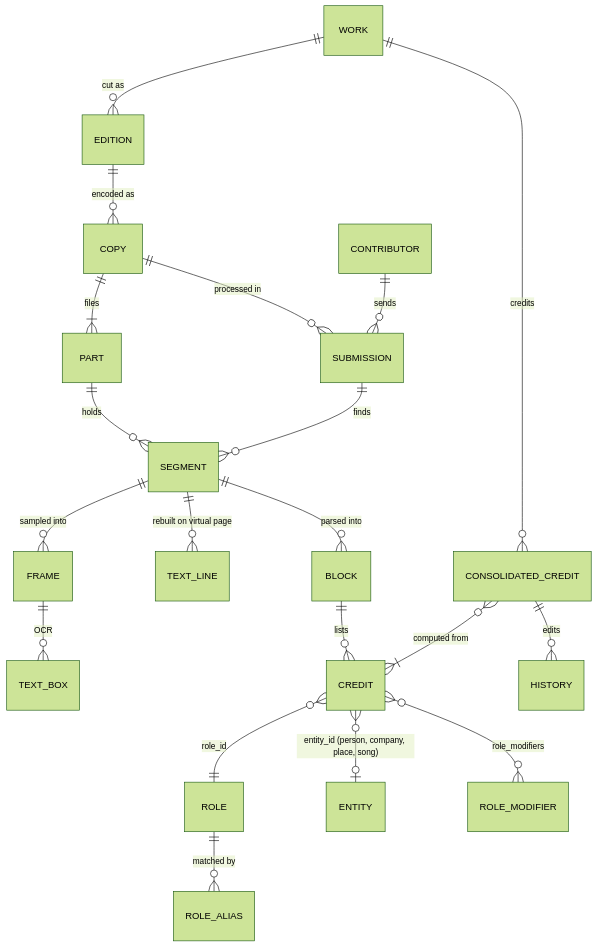
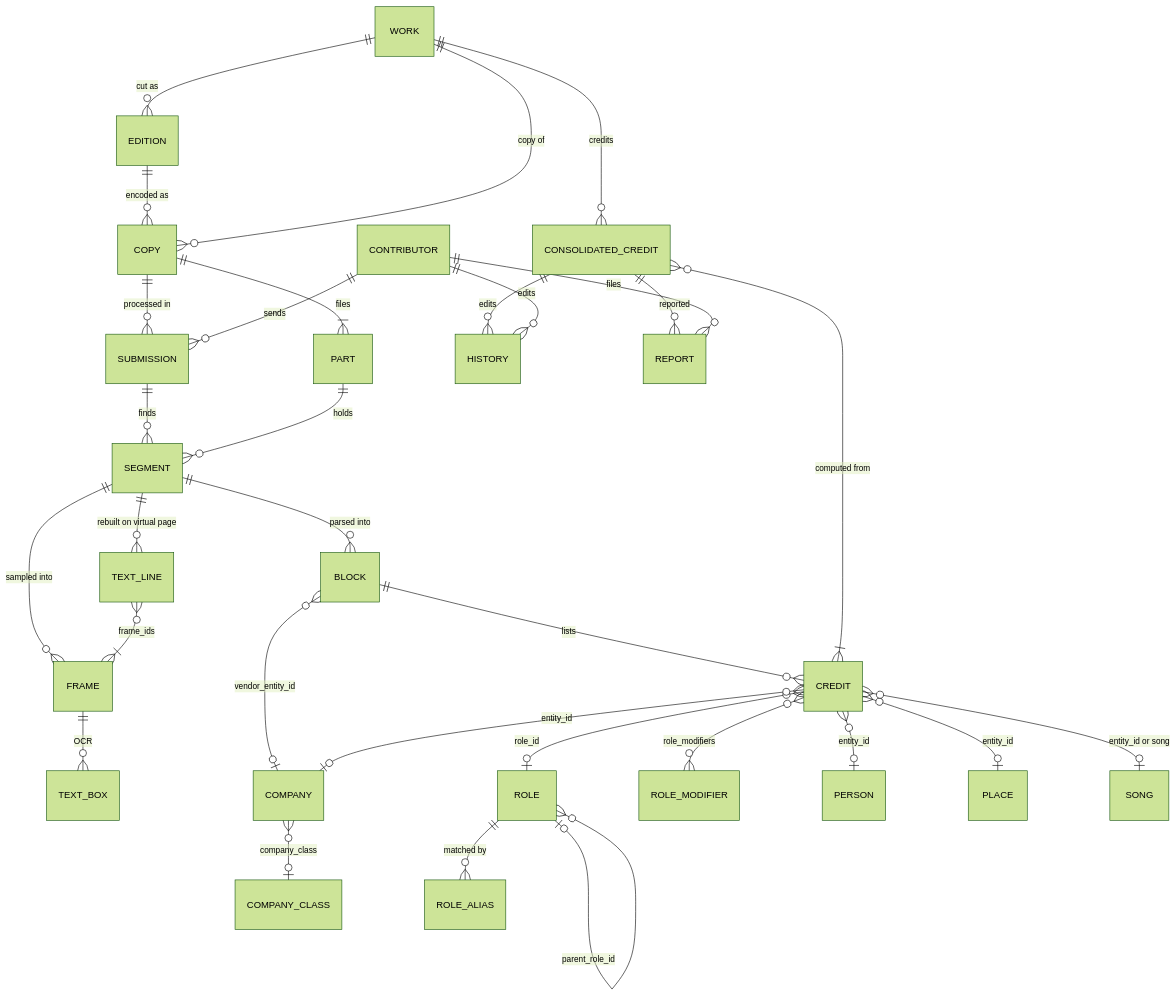
The first of 5 diagrams in doc/data-model.md (vaugouin/open-credits), drawn with Mermaid (forest theme) before and after one commit. The commit also changed other lines of this file, not shown here.

First line of the commit message:
Data model diagrams: overview of all 23 tables (PERSON, COMPANY, PLACE, SONG, COMPANY_CLASS and REPORT added) plus four diagrams with the columns of each layer; physical names point to T_WC_OC_*

````diff
--- a/doc/data-model.md
+++ b/doc/data-model.md
@@ -302,22 +306,33 @@
 ```mermaid
 erDiagram
     WORK ||--o{ EDITION : "cut as"
     EDITION ||--o{ COPY : "encoded as"
+    WORK ||--o{ COPY : "copy of"
     COPY ||--|{ PART : "files"
     COPY ||--o{ SUBMISSION : "processed in"
     CONTRIBUTOR ||--o{ SUBMISSION : "sends"
     SUBMISSION ||--o{ SEGMENT : "finds"
     PART ||--o{ SEGMENT : "holds"
     SEGMENT ||--o{ FRAME : "sampled into"
     FRAME ||--o{ TEXT_BOX : "OCR"
     SEGMENT ||--o{ TEXT_LINE : "rebuilt on virtual page"
+    TEXT_LINE }o--|{ FRAME : "frame_ids"
     SEGMENT ||--o{ BLOCK : "parsed into"
     BLOCK ||--o{ CREDIT : "lists"
-    CREDIT }o--|| ROLE : "role_id"
-    CREDIT }o--o| ENTITY : "entity_id (person, company, place, song)"
+    BLOCK }o--o| COMPANY : "vendor_entity_id"
+    CREDIT }o--o| ROLE : "role_id"
+    CREDIT }o--o{ ROLE_MODIFIER : "role_modifiers"
+    CREDIT }o--o| PERSON : "entity_id"
+    CREDIT }o--o| COMPANY : "entity_id"
+    CREDIT }o--o| PLACE : "entity_id"
+    CREDIT }o--o| SONG : "entity_id or song"
+    COMPANY }o--o| COMPANY_CLASS : "company_class"
     ROLE ||--o{ ROLE_ALIAS : "matched by"
-    CREDIT }o--o{ ROLE_MODIFIER : "role_modifiers"
+    ROLE |o--o{ ROLE : "parent_role_id"
     WORK ||--o{ CONSOLIDATED_CREDIT : "credits"
     CONSOLIDATED_CREDIT }o--|{ CREDIT : "computed from"
     CONSOLIDATED_CREDIT ||--o{ HISTORY : "edits"
+    CONSOLIDATED_CREDIT ||--o{ REPORT : "reported"
+    CONTRIBUTOR ||--o{ HISTORY : "edits"
+    CONTRIBUTOR ||--o{ REPORT : "files"
 ```
````
